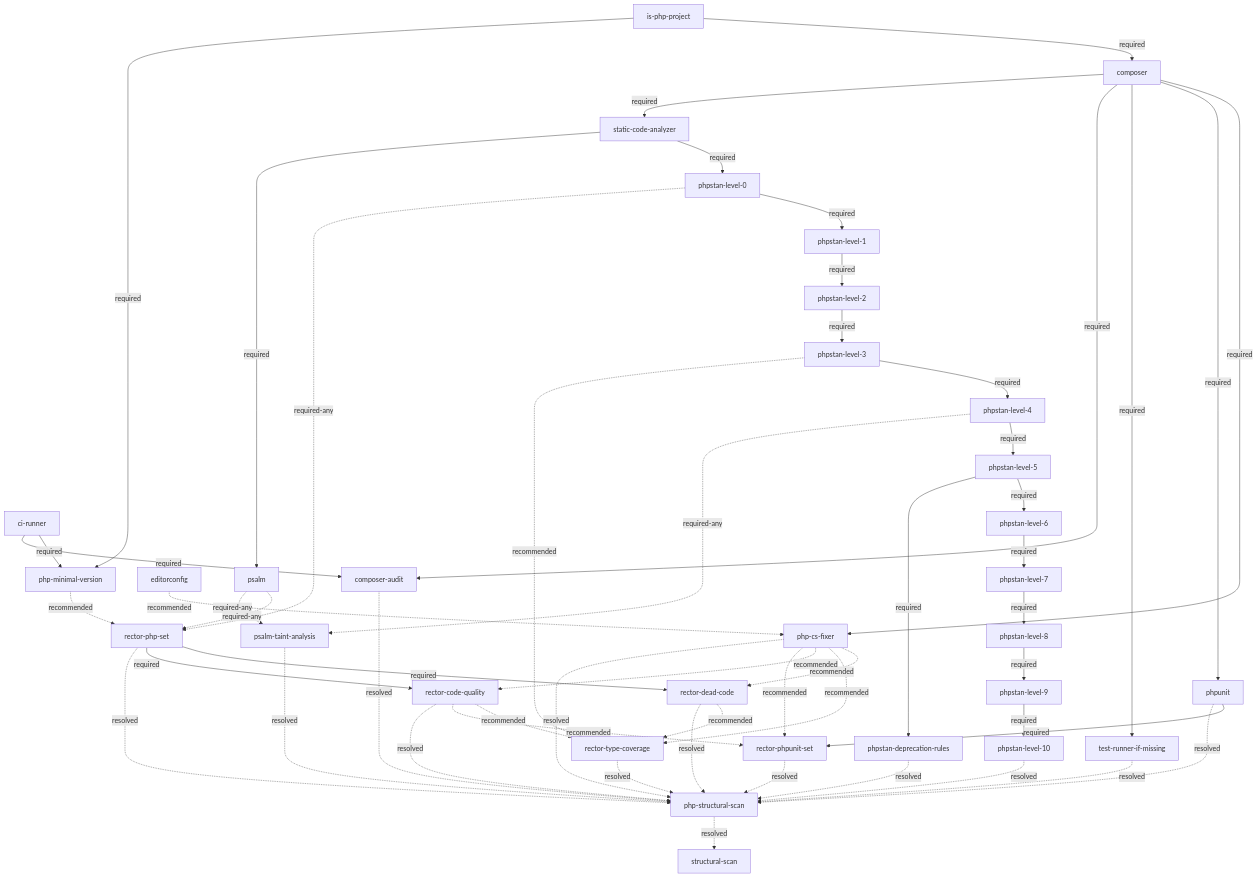
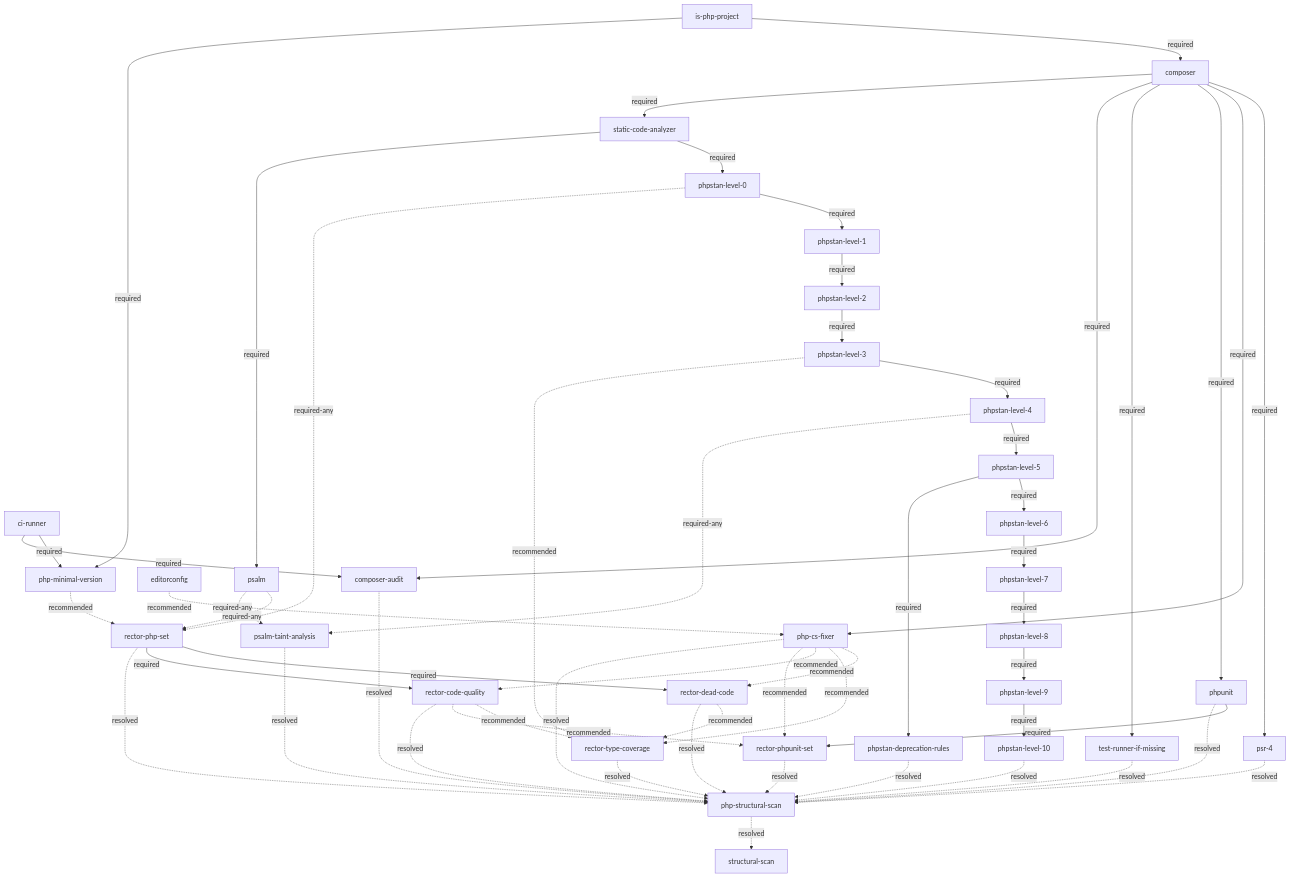
The diagram in skills/refactor-scan/references/php-tooling-tree.md (Art4/continuous-refactoring), drawn with Mermaid before and after one commit. The commit also changed other lines of this file and 18 other files, not shown here.

```diff
--- a/skills/refactor-scan/references/php-tooling-tree.md
+++ b/skills/refactor-scan/references/php-tooling-tree.md
@@ -10,6 +10,7 @@
     ci[ci-runner]
     pmv[php-minimal-version]
     comp[composer]
+    psr4[psr-4]
     edc[editorconfig]
     cs[php-cs-fixer]
     unit[phpunit]
@@ -41,6 +42,7 @@
     ipp -->|required| comp
     ipp -->|required| pmv
     ci -->|required| pmv
+    comp -->|required| psr4
     edc -.->|recommended| cs
     comp -->|required| cs
     comp -->|required| unit
@@ -77,6 +79,7 @@
     p3 -.->|recommended| rtc
     p4 -.->|required-any| pta
     psalm -.->|required-any| pta
+    psr4 -.->|resolved| phpss
     audit -.->|resolved| phpss
     unit -.->|resolved| phpss
     tr -.->|resolved| phpss
```
